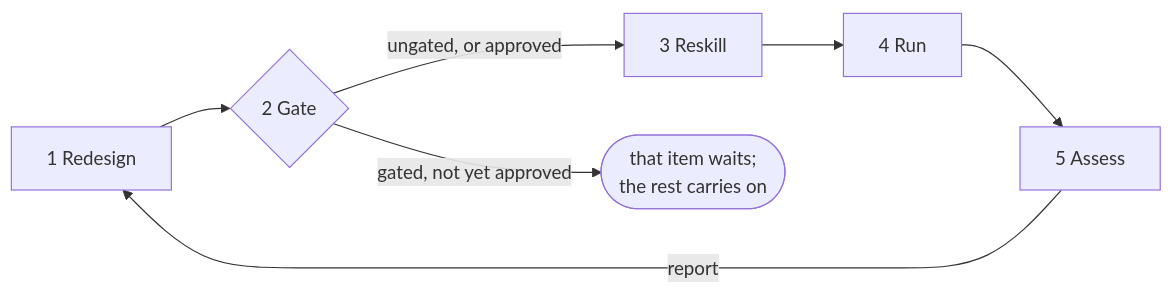
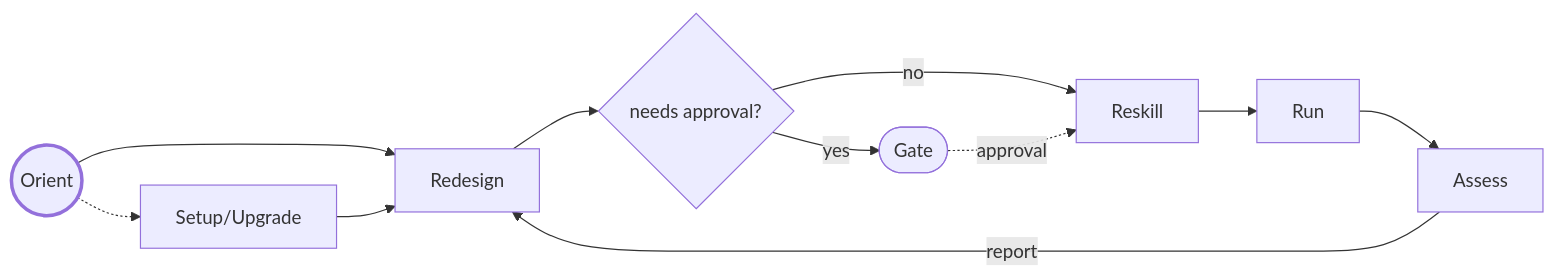
One commit to stainsby/zoe-kernel changed the diagram in README.md. Above: the diagram before and after it, drawn with Mermaid. The commit also changed other lines of this file and 9 other files, not shown here.

````diff
--- a/README.md
+++ b/README.md
@@ -38,9 +50,15 @@
 ```mermaid
 flowchart LR
-    R[1 Redesign] --> G{2 Gate}
-    G -- ungated, or approved --> S[3 Reskill]
-    G -- gated, not yet approved --> W([that item waits;<br/>the rest carries on])
-    S --> N[4 Run]
-    N --> A[5 Assess]
+    O((Orient)) --> R[Redesign]
+    O -.-> SU[Setup/Upgrade]
+    SU --> R
+    R --> G{needs approval?}
+    G -- no --> S[Reskill]
+    G -- yes --> W([Gate])
+    W -. approval .-> S
+    S --> N[Run]
+    N --> A[Assess]
     A -- report --> R
+    classDef entry stroke-width:3px
+    class O entry
 ```
````
